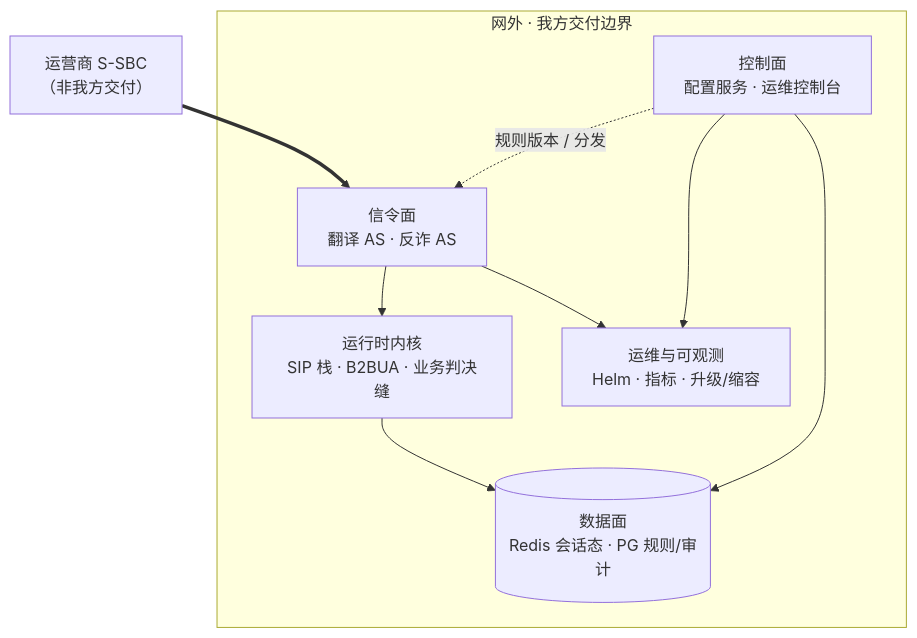
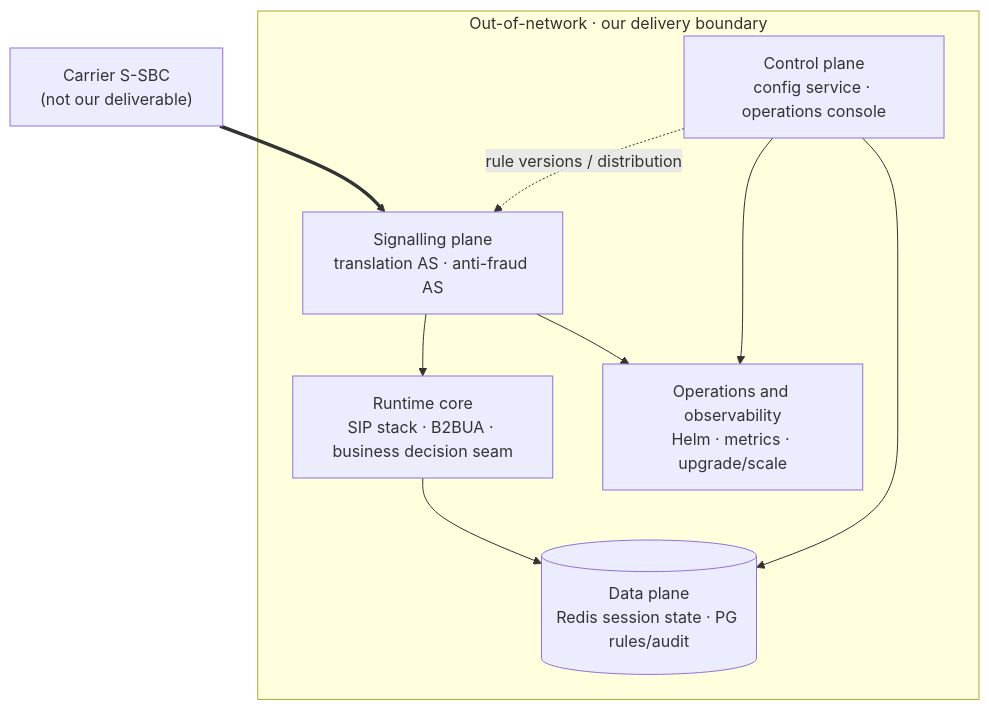
The fourth of 4 diagrams in docs/handoff/pre-m8-demo-review-plan.md (dolanshu/inhouse-ims-as), drawn with Mermaid before and after one commit. The commit also changed other lines of this file and 186 other files, not shown here.

````diff
--- a/docs/handoff/pre-m8-demo-review-plan.md
+++ b/docs/handoff/pre-m8-demo-review-plan.md
@@ -234,17 +234,17 @@
 ```mermaid
 flowchart TB
-  subgraph EXT["网外 · 我方交付边界"]
-    SIG["信令面<br/>翻译 AS · 反诈 AS"]
-    CORE["运行时内核<br/>SIP 栈 · B2BUA · 业务判决缝"]
-    CTRL["控制面<br/>配置服务 · 运维控制台"]
-    DATA[("数据面<br/>Redis 会话态 · PG 规则/审计")]
-    OPS["运维与可观测<br/>Helm · 指标 · 升级/缩容"]
+  subgraph EXT["Out-of-network · our delivery boundary"]
+    SIG["Signalling plane<br/>translation AS · anti-fraud AS"]
+    CORE["Runtime core<br/>SIP stack · B2BUA · business decision seam"]
+    CTRL["Control plane<br/>config service · operations console"]
+    DATA[("Data plane<br/>Redis session state · PG rules/audit")]
+    OPS["Operations and observability<br/>Helm · metrics · upgrade/scale"]
   end
-  SSBC["运营商 S-SBC<br/>（非我方交付）"] ==> SIG
+  SSBC["Carrier S-SBC<br/>(not our deliverable)"] ==> SIG
   SIG --> CORE
   CORE --> DATA
   CTRL --> DATA
-  CTRL -. "规则版本 / 分发" .-> SIG
+  CTRL -. "rule versions / distribution" .-> SIG
   SIG --> OPS
   CTRL --> OPS
 ```
````
